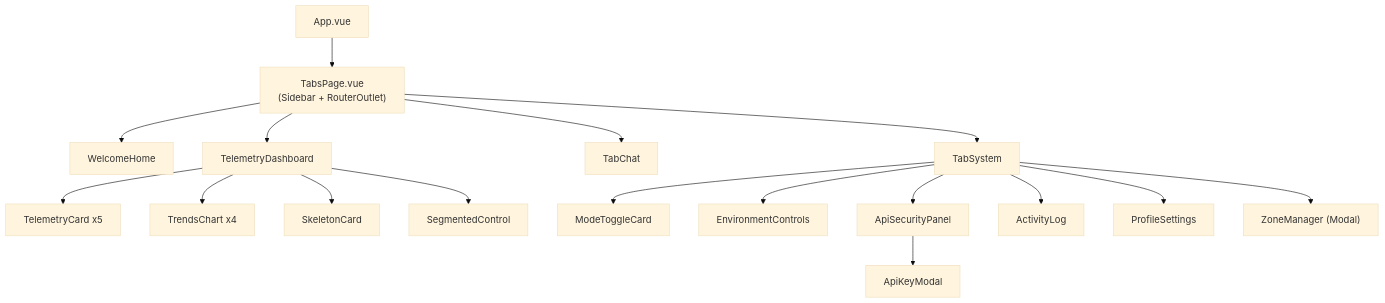
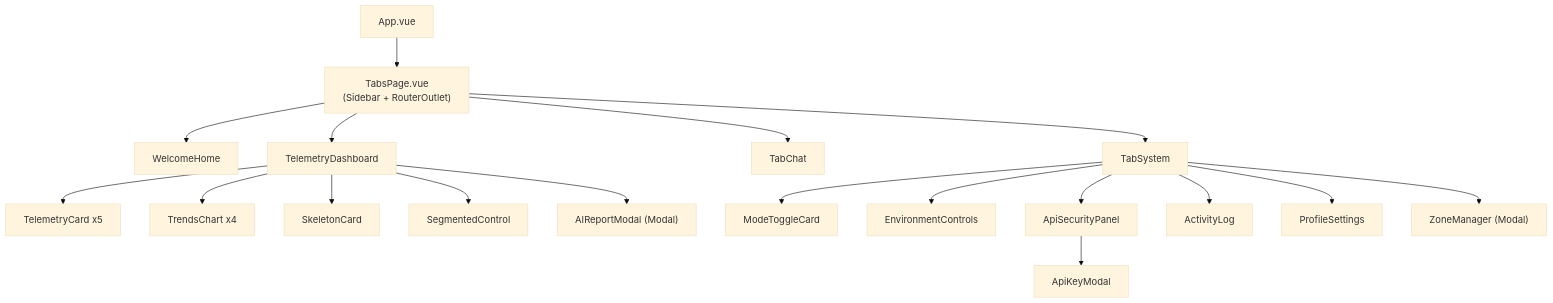
The third of 7 diagrams in README.md (LNieto-V/agronexus-ui), drawn with Mermaid (base theme) before and after one commit. The commit also changed other lines of this file and 8 other files, not shown here.

````diff
--- a/README.md
+++ b/README.md
@@ -95,24 +95,26 @@
 ```mermaid
 graph TD
     App["App.vue"]
     App --> TabsPage["TabsPage.vue<br/>(Sidebar + RouterOutlet)"]
     
     TabsPage --> WH["WelcomeHome"]
     TabsPage --> TD["TelemetryDashboard"]
     TabsPage --> TC["TabChat"]
     TabsPage --> TS["TabSystem"]
 
     TD --> TC1["TelemetryCard x5"]
     TD --> TRC["TrendsChart x4"]
     TD --> SK["SkeletonCard"]
     TD --> SEG["SegmentedControl"]
 
     TS --> MTC["ModeToggleCard"]
     TS --> EC["EnvironmentControls"]
     TS --> ASP["ApiSecurityPanel"]
     TS --> AL["ActivityLog"]
     TS --> PS["ProfileSettings"]
     TS --> ZM["ZoneManager (Modal)"]
 
+    TD --> ARM["AIReportModal (Modal)"]
+
     ASP --> AKM["ApiKeyModal"]
 ```
````
